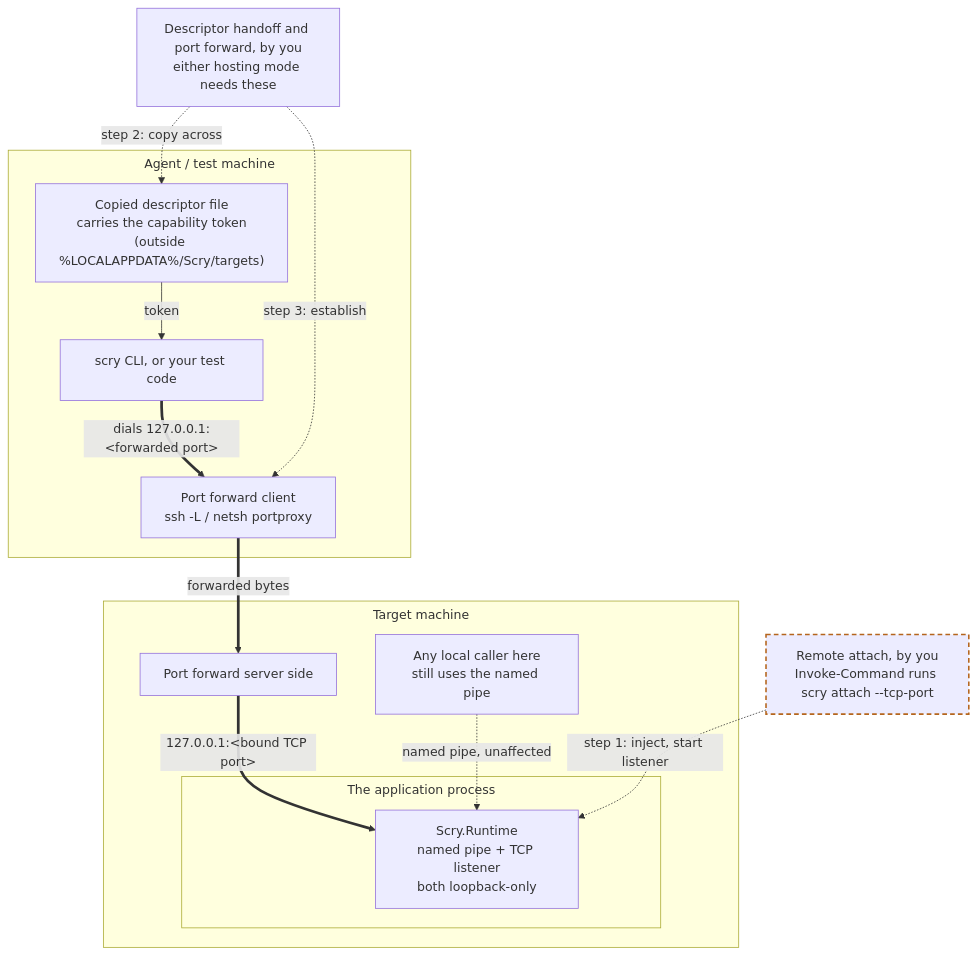
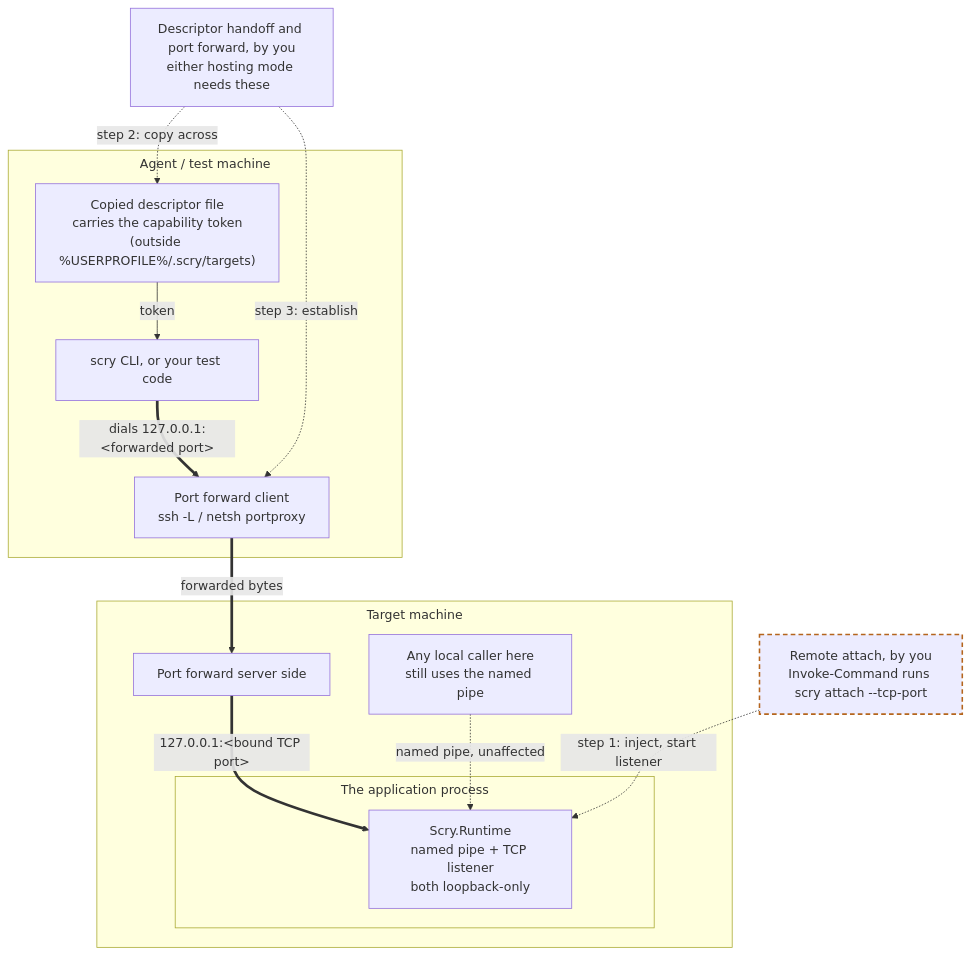
One commit to sdaliyot/Scry.NET changed the second of 2 diagrams in README.md. Above: the diagram before and after it, drawn with Mermaid. The commit also changed other lines of this file and 9 other files, not shown here.

````diff
--- a/README.md
+++ b/README.md
@@ -764,33 +764,33 @@
 ```mermaid
 %%{init: {"flowchart": {"subGraphTitleMargin": {"top": 6, "bottom": 12}}} }%%
 flowchart TB
   subgraph agentMachine["Agent / test machine"]
-    desc["Copied descriptor file<br/>carries the capability token<br/>(outside %LOCALAPPDATA%/Scry/targets)"]
+    desc["Copied descriptor file<br/>carries the capability token<br/>(outside %USERPROFILE%/.scry/targets)"]
     driver["scry CLI, or your test code"]
     fwd["Port forward client<br/>ssh -L / netsh portproxy"]
   end
 
   attach["Remote attach, by you<br/>Invoke-Command runs scry attach --tcp-port"]
   handoff["Descriptor handoff and port forward, by you<br/>either hosting mode needs these"]
 
   subgraph targetMachine["Target machine"]
     fwdserver["Port forward server side"]
     subgraph proc["The application process"]
       rt["Scry.Runtime<br/>named pipe + TCP listener<br/>both loopback-only"]
     end
     localdrv["Any local caller here<br/>still uses the named pipe"]
   end
 
   desc -- "token" --> driver
   driver == "dials 127.0.0.1:&lt;forwarded port&gt;" ==> fwd
   fwd == "forwarded bytes" ==> fwdserver
   fwdserver == "127.0.0.1:&lt;bound TCP port&gt;" ==> rt
   localdrv -. "named pipe, unaffected" .-> rt
 
   attach -. "step 1: inject, start listener" .-> rt
   handoff -. "step 2: copy across" .-> desc
   handoff -. "step 3: establish" .-> fwd
 
   classDef attachOnly stroke-dasharray:6 4,stroke-width:2px,stroke:#b5651d
   class attach attachOnly
 ```
````
